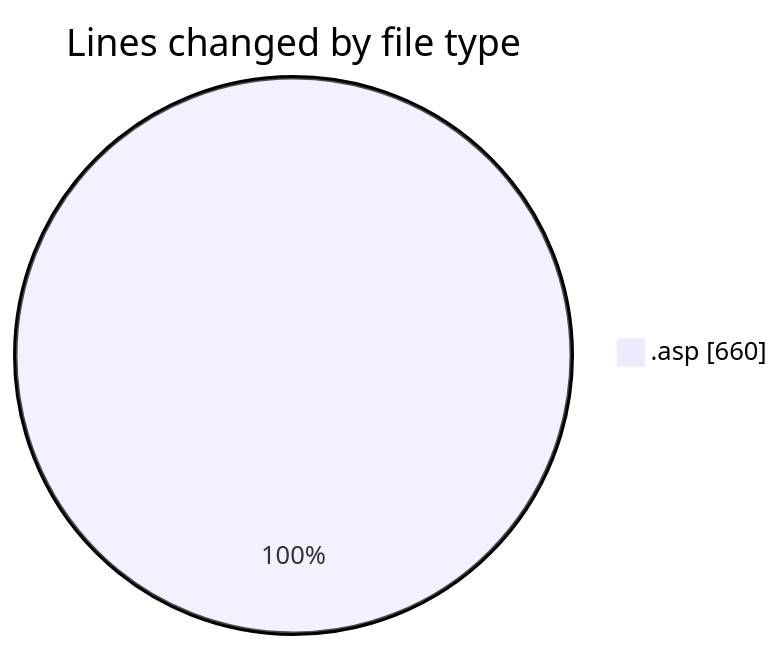
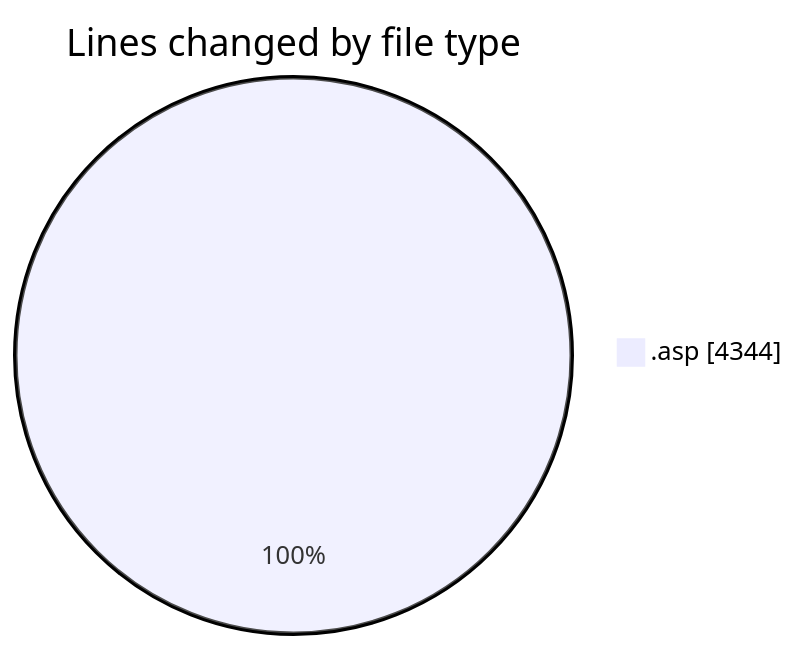
One commit to julien-gomy/code-tracking changed the first of 2 diagrams in 2025-10-17/cdp_aleoudev_fr__workspace_/README.md. Above: the diagram before and after it, drawn with Mermaid. The commit also changed other lines of this file and 1 other file, not shown here.

````diff
--- a/2025-10-17/cdp_aleoudev_fr__workspace_/README.md
+++ b/2025-10-17/cdp_aleoudev_fr__workspace_/README.md
@@ -20,5 +21,5 @@
 ```mermaid
 pie showData
 title Lines changed by file type
-".asp" : 660
+".asp" : 4344
 ```
````
